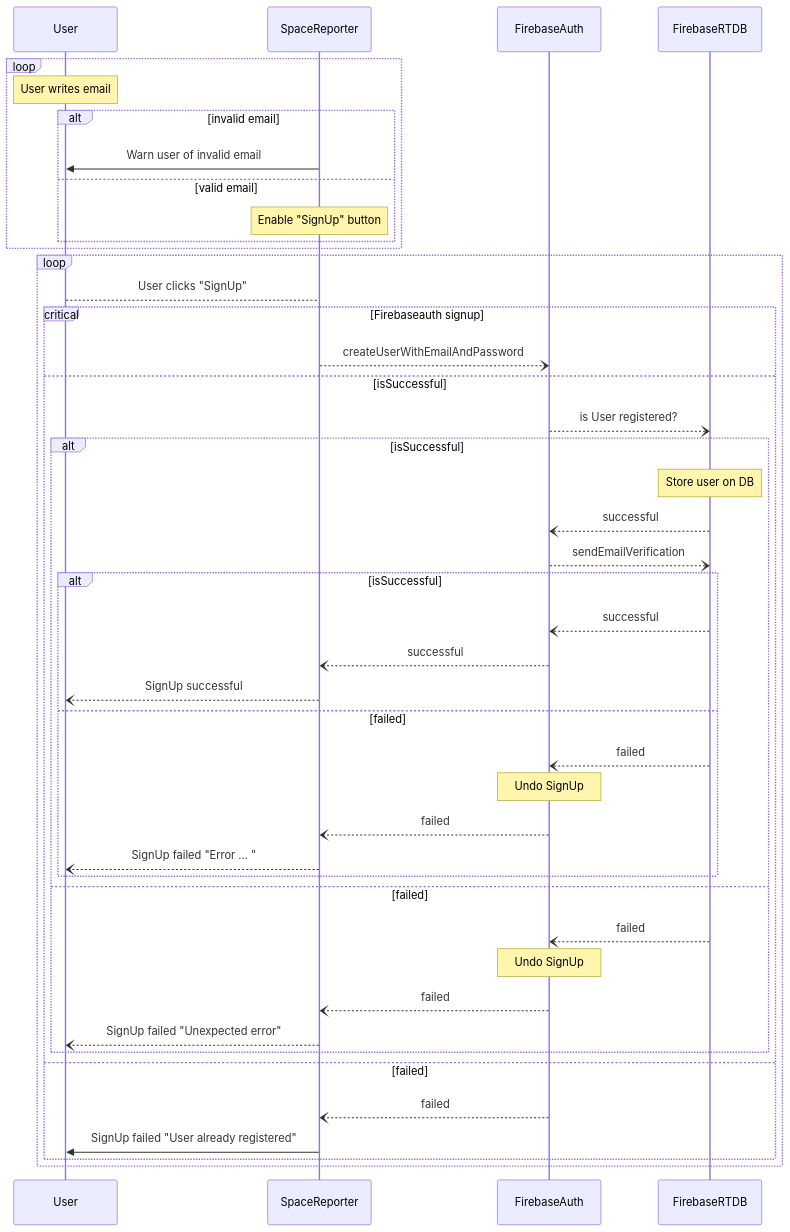
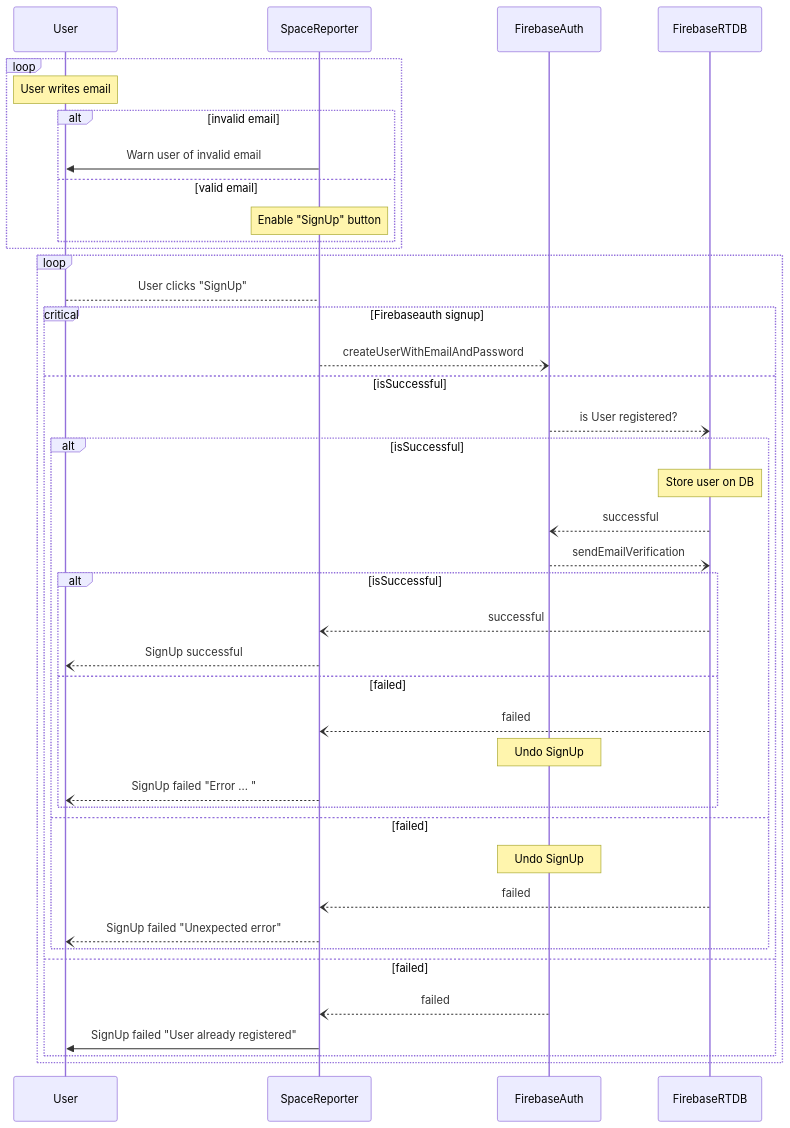
Before and after one commit to Charly98cma/Space-Reporter: the third of 3 diagrams in docs/login.md, drawn with Mermaid. The commit also changed other lines of this file, not shown here.

Commit message:
doc: Fix on diagrams

````diff
--- a/docs/login.md
+++ b/docs/login.md
@@ -62,46 +65,43 @@
 ```mermaid
 sequenceDiagram
     participant us as User
     participant sr as SpaceReporter
     participant fba as FirebaseAuth
     participant fbdb as FirebaseRTDB
     loop 
         Note over us: User writes email
         alt invalid email
             sr->>us: Warn user of invalid email
         else valid email
             Note over sr: Enable "SignUp" button
         end
     end
     loop
         us-->sr: User clicks "SignUp"
         critical Firebaseauth signup
             sr--)fba: createUserWithEmailAndPassword
             option isSuccessful
                 fba--)fbdb: is User registered?
                 alt isSuccessful
                     Note over fbdb: Store user on DB
                     fbdb--)fba: successful
                     fba--)fbdb: sendEmailVerification
                     alt isSuccessful
-                        fbdb--)fba: successful
-                        fba--)sr: successful
-                        sr--)us: SignUp successful                        
+                        fbdb--)sr: successful
+                        sr--)us: SignUp successful
                     else failed
-                        fbdb--)fba: failed
+                        fbdb--)sr: failed
                         Note over fba: Undo SignUp
-                        fba--)sr: failed
                         sr--)us: SignUp failed "Error ... "
                     end
                 else failed
-                    fbdb--)fba: failed
                     Note over fba: Undo SignUp
-                    fba--)sr: failed
+                    fbdb--)sr: failed
                     sr--)us: SignUp failed "Unexpected error"
                 end
             option failed
                 fba--)sr: failed
                 sr->>us: SignUp failed "User already registered"
         end
     end
 ```
````
